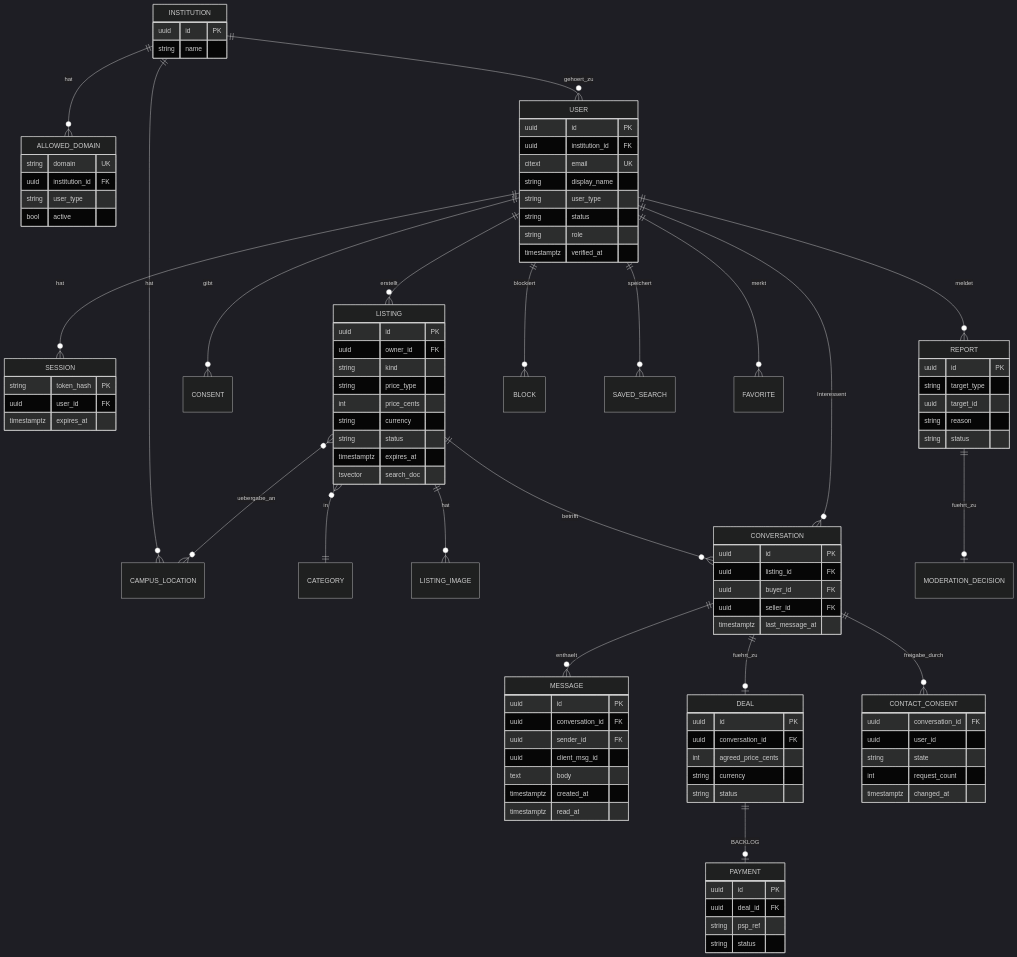
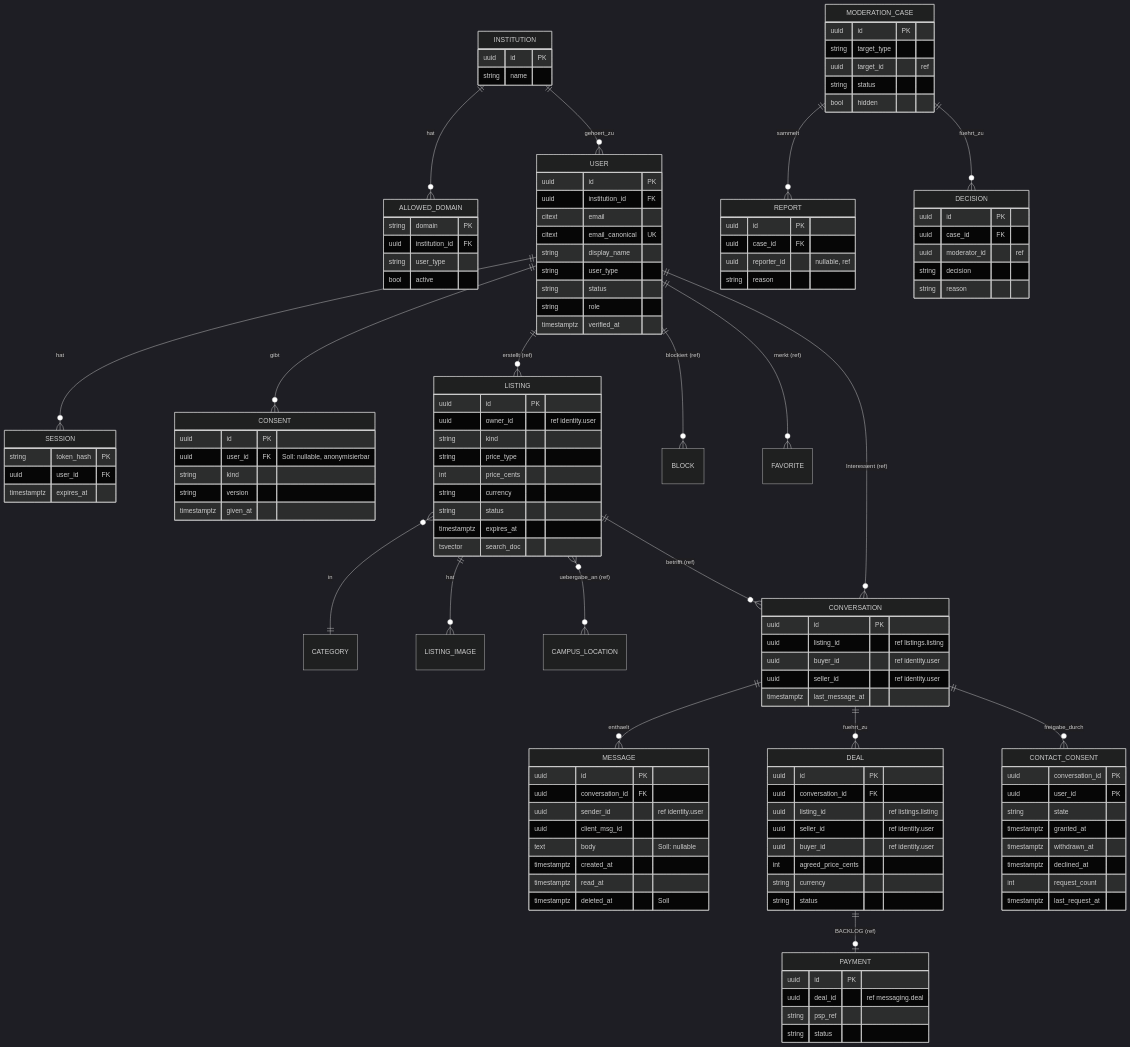
Before and after one commit to CaRo10Robert/SWeng_projekt2026: the seventh of 13 diagrams in docs/03-architektur/architektur.md, drawn with Mermaid (dark theme). The commit also changed other lines of this file and 20 other files, not shown here.

````diff
--- a/docs/03-architektur/architektur.md
+++ b/docs/03-architektur/architektur.md
@@ -285,32 +387,30 @@
 ```mermaid
 erDiagram
     INSTITUTION ||--o{ ALLOWED_DOMAIN : hat
-    INSTITUTION ||--o{ CAMPUS_LOCATION : hat
     INSTITUTION ||--o{ USER : gehoert_zu
     USER ||--o{ SESSION : hat
-    USER ||--o{ LISTING : erstellt
     USER ||--o{ CONSENT : gibt
+    USER ||--o{ LISTING : "erstellt (ref)"
     LISTING }o--|| CATEGORY : in
     LISTING ||--o{ LISTING_IMAGE : hat
-    LISTING }o--o{ CAMPUS_LOCATION : uebergabe_an
-    LISTING ||--o{ CONVERSATION : betrifft
-    USER ||--o{ CONVERSATION : "Interessent"
+    LISTING }o--o{ CAMPUS_LOCATION : "uebergabe_an (ref)"
+    LISTING ||--o{ CONVERSATION : "betrifft (ref)"
+    USER ||--o{ CONVERSATION : "Interessent (ref)"
     CONVERSATION ||--o{ MESSAGE : enthaelt
-    CONVERSATION ||--o| DEAL : fuehrt_zu
+    CONVERSATION ||--o{ DEAL : fuehrt_zu
     CONVERSATION ||--o{ CONTACT_CONSENT : freigabe_durch
-    DEAL ||--o| PAYMENT : "BACKLOG"
-    USER ||--o{ REPORT : meldet
-    REPORT ||--o| MODERATION_DECISION : fuehrt_zu
-    USER ||--o{ BLOCK : blockiert
-    USER ||--o{ SAVED_SEARCH : speichert
-    USER ||--o{ FAVORITE : merkt
+    DEAL ||--o| PAYMENT : "BACKLOG (ref)"
+    MODERATION_CASE ||--o{ REPORT : sammelt
+    MODERATION_CASE ||--o{ DECISION : fuehrt_zu
+    USER ||--o{ BLOCK : "blockiert (ref)"
+    USER ||--o{ FAVORITE : "merkt (ref)"
 
     INSTITUTION {
         uuid id PK
         string name
     }
     ALLOWED_DOMAIN {
-        string domain UK
+        string domain PK
         uuid institution_id FK
         string user_type
         bool active
@@ -318,7 +418,8 @@
     USER {
         uuid id PK
         uuid institution_id FK
-        citext email UK
+        citext email
+        citext email_canonical UK
         string display_name
         string user_type
         string status
@@ -330,9 +431,16 @@
         uuid user_id FK
         timestamptz expires_at
     }
+    CONSENT {
+        uuid id PK
+        uuid user_id FK "Soll: nullable, anonymisierbar"
+        string kind
+        string version
+        timestamptz given_at
+    }
     LISTING {
         uuid id PK
-        uuid owner_id FK
+        uuid owner_id "ref identity.user"
         string kind
         string price_type
         int price_cents
@@ -343,45 +451,65 @@
     }
     CONVERSATION {
         uuid id PK
-        uuid listing_id FK
-        uuid buyer_id FK
-        uuid seller_id FK
+        uuid listing_id "ref listings.listing"
+        uuid buyer_id "ref identity.user"
+        uuid seller_id "ref identity.user"
         timestamptz last_message_at
     }
     MESSAGE {
         uuid id PK
         uuid conversation_id FK
-        uuid sender_id FK
+        uuid sender_id "ref identity.user"
         uuid client_msg_id
-        text body
+        text body "Soll: nullable"
         timestamptz created_at
         timestamptz read_at
+        timestamptz deleted_at "Soll"
     }
     CONTACT_CONSENT {
-        uuid conversation_id FK
-        uuid user_id
+        uuid conversation_id PK
+        uuid user_id PK
         string state
+        timestamptz granted_at
+        timestamptz withdrawn_at
+        timestamptz declined_at
         int request_count
-        timestamptz changed_at
+        timestamptz last_request_at
     }
     DEAL {
         uuid id PK
         uuid conversation_id FK
+        uuid listing_id "ref listings.listing"
+        uuid seller_id "ref identity.user"
+        uuid buyer_id "ref identity.user"
         int agreed_price_cents
         string currency
         string status
     }
     PAYMENT {
         uuid id PK
-        uuid deal_id FK
+        uuid deal_id "ref messaging.deal"
         string psp_ref
         string status
     }
+    MODERATION_CASE {
+        uuid id PK
+        string target_type
+        uuid target_id "ref"
+        string status
+        bool hidden
+    }
     REPORT {
         uuid id PK
-        string target_type
-        uuid target_id
+        uuid case_id FK
+        uuid reporter_id "nullable, ref"
         string reason
-        string status
+    }
+    DECISION {
+        uuid id PK
+        uuid case_id FK
+        uuid moderator_id "ref"
+        string decision
+        string reason
     }
 ```
````
